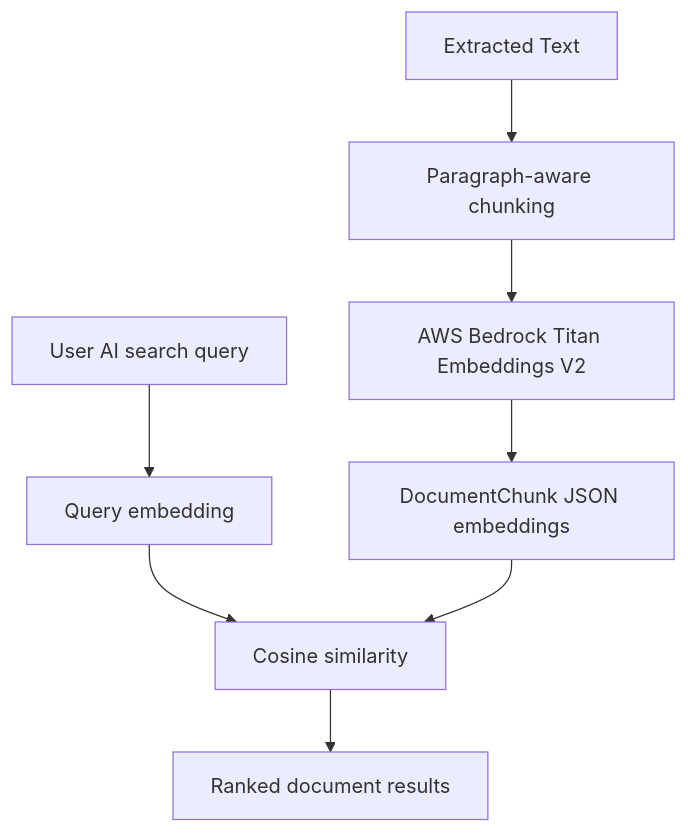
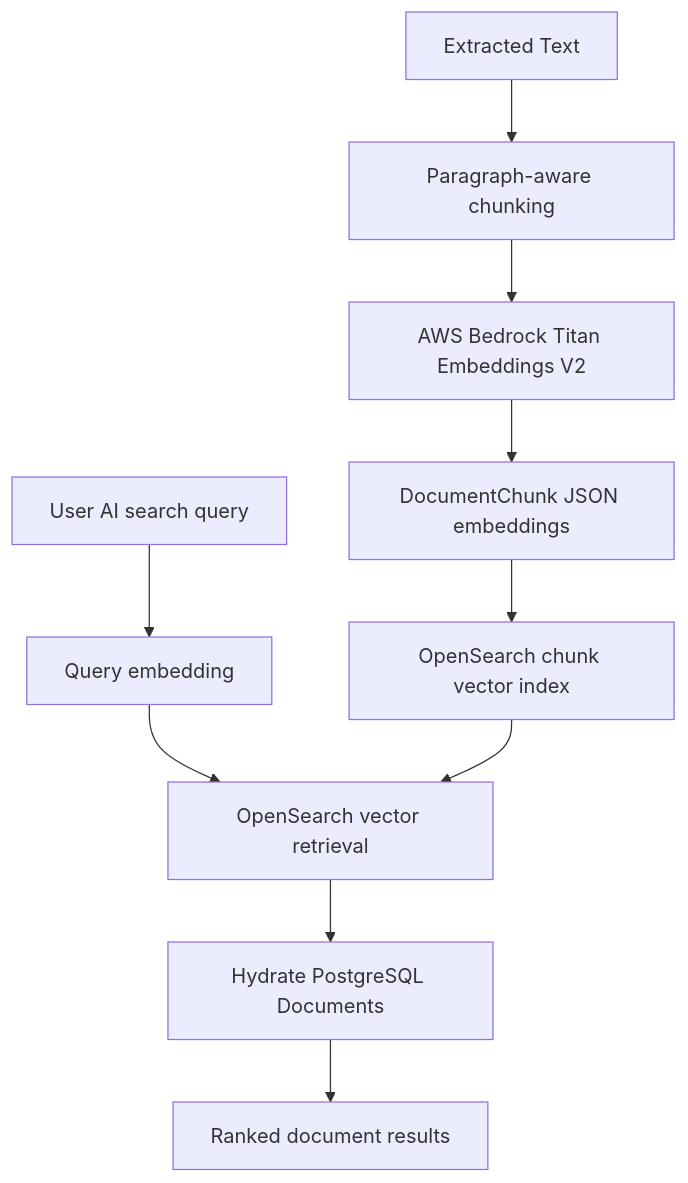
One commit to khaliqueaws-creator/document-management changed the fifth of 5 diagrams in docs/ai-workflow.md. Above: the diagram before and after it, drawn with Mermaid. The commit also changed other lines of this file and 19 other files, not shown here.

Commit message:
Switch semantic search to OpenSearch

````diff
--- a/docs/ai-workflow.md
+++ b/docs/ai-workflow.md
@@ -186,10 +186,12 @@
 ```mermaid
 flowchart TB
     Extracted[Extracted Text] --> Chunk[Paragraph-aware chunking]
     Chunk --> Titan[AWS Bedrock Titan Embeddings V2]
     Titan --> Store[DocumentChunk JSON embeddings]
     Query[User AI search query] --> QueryEmbedding[Query embedding]
-    QueryEmbedding --> Compare[Cosine similarity]
-    Store --> Compare
-    Compare --> Results[Ranked document results]
+    Store --> Index[OpenSearch chunk vector index]
+    QueryEmbedding --> Search[OpenSearch vector retrieval]
+    Index --> Search
+    Search --> Hydrate[Hydrate PostgreSQL Documents]
+    Hydrate --> Results[Ranked document results]
 ```
````
